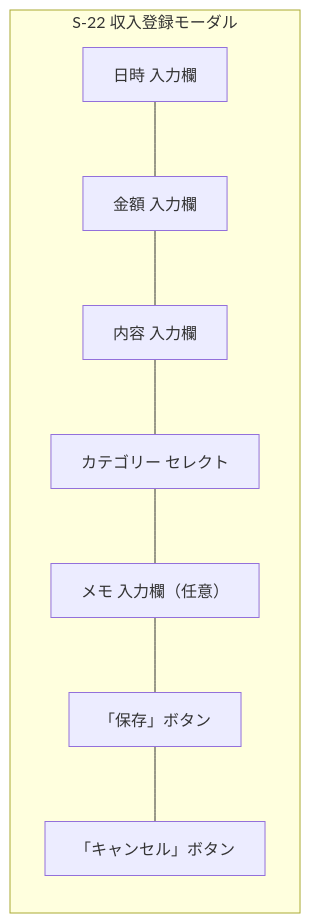
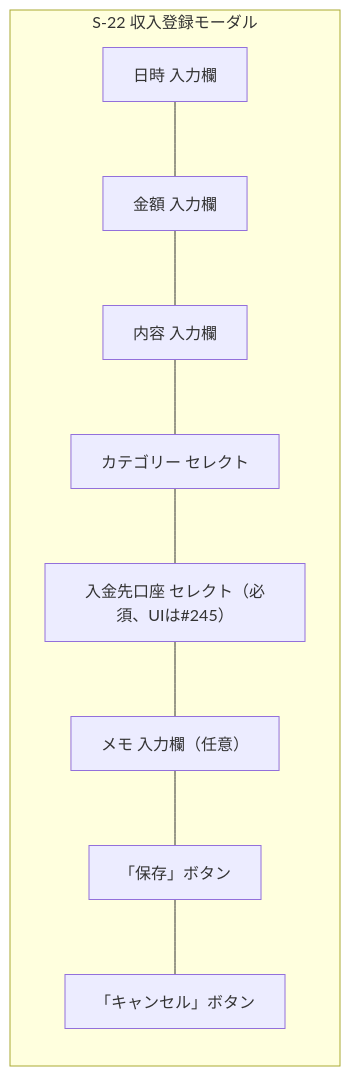
One commit to yamamotonaoki3/HomeLog changed the seventh of 19 diagrams in docs/details/wireframes.md. Above: the diagram before and after it, drawn with Mermaid. The commit also changed other lines of this file and 23 other files, not shown here.

````diff
--- a/docs/details/wireframes.md
+++ b/docs/details/wireframes.md
@@ -355,14 +356,15 @@
 ```mermaid
 flowchart TD
     subgraph Modal["S-22 収入登録モーダル"]
         direction TB
         Date["日時 入力欄"]
         Amount["金額 入力欄"]
         Content["内容 入力欄"]
         Category["カテゴリー セレクト"]
+        Account["入金先口座 セレクト（必須、UIは#245）"]
         Memo["メモ 入力欄（任意）"]
         SaveBtn["「保存」ボタン"]
         CancelBtn["「キャンセル」ボタン"]
     end
-    Date --- Amount --- Content --- Category --- Memo --- SaveBtn --- CancelBtn
+    Date --- Amount --- Content --- Category --- Account --- Memo --- SaveBtn --- CancelBtn
 ```
````
